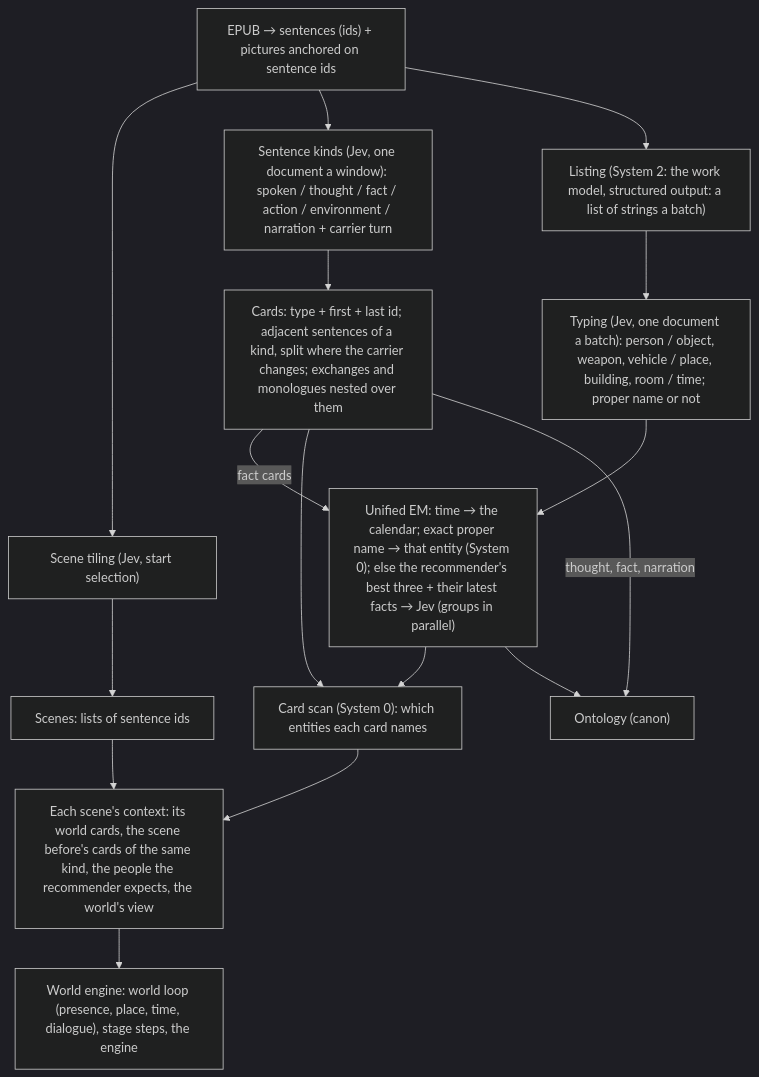
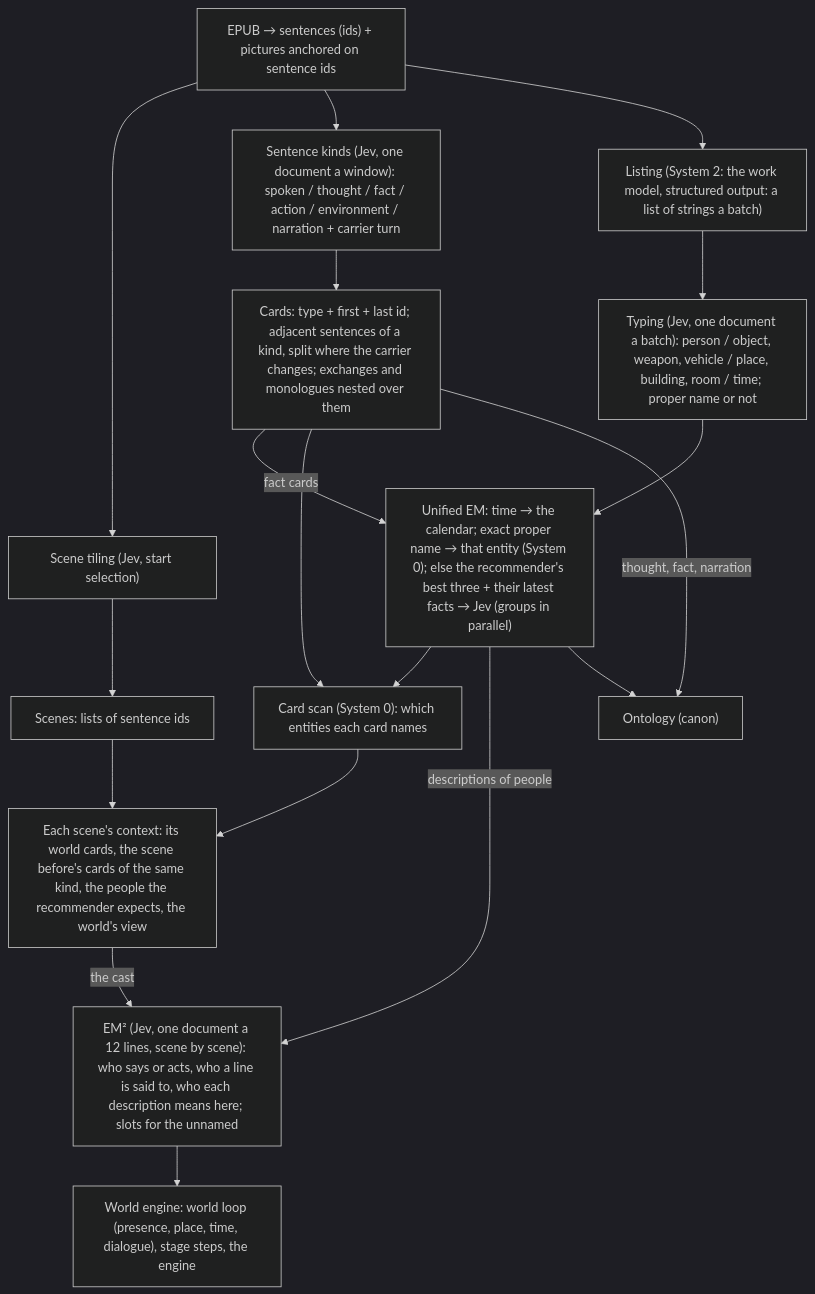
Before and after one commit to gardianofthedarkness/novel-ontology-pi: the diagram in docs/v2/world-engine-v2.md, drawn with Mermaid (dark theme). The commit also changed other lines of this file and 11 other files, not shown here.

First line of the commit message:
feat(v2): EM², who is this, here: roles and slots (the user's plan B), and the reading's data page

````diff
--- a/docs/v2/world-engine-v2.md
+++ b/docs/v2/world-engine-v2.md
@@ -55,18 +55,20 @@
 ```mermaid
 flowchart TD
   book["EPUB → sentences (ids) + pictures anchored on sentence ids"] --> tiling["Scene tiling (Jev, start selection)"]
   book --> kinds["Sentence kinds (Jev, one document a window): spoken / thought / fact / action / environment / narration + carrier turn"]
   book --> listing["Listing (System 2: the work model, structured output: a list of strings a batch)"]
   tiling --> scenes["Scenes: lists of sentence ids"]
   kinds --> cards["Cards: type + first + last id; adjacent sentences of a kind, split where the carrier changes; exchanges and monologues nested over them"]
   listing --> typing["Typing (Jev, one document a batch): person / object, weapon, vehicle / place, building, room / time; proper name or not"]
   typing --> em["Unified EM: time → the calendar; exact proper name → that entity (System 0); else the recommender's best three + their latest facts → Jev (groups in parallel)"]
   cards -- "fact cards" --> em
   em --> scan["Card scan (System 0): which entities each card names"]
   cards --> scan
   scenes --> compose["Each scene's context: its world cards, the scene before's cards of the same kind, the people the recommender expects, the world's view"]
   scan --> compose
-  compose --> world["World engine: world loop (presence, place, time, dialogue), stage steps, the engine"]
+  em -- "descriptions of people" --> roles["EM² (Jev, one document a 12 lines, scene by scene): who says or acts, who a line is said to, who each description means here; slots for the unnamed"]
+  compose -- "the cast" --> roles
+  roles --> world["World engine: world loop (presence, place, time, dialogue), stage steps, the engine"]
   cards -- "thought, fact, narration" --> ontology["Ontology (canon)"]
   em --> ontology
 ```
````
